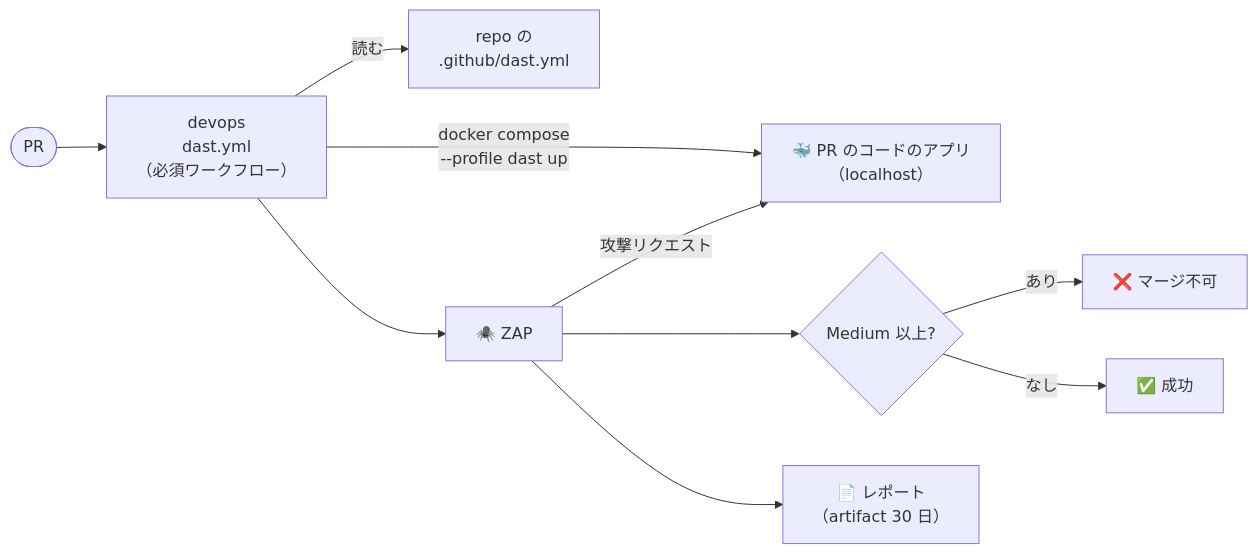
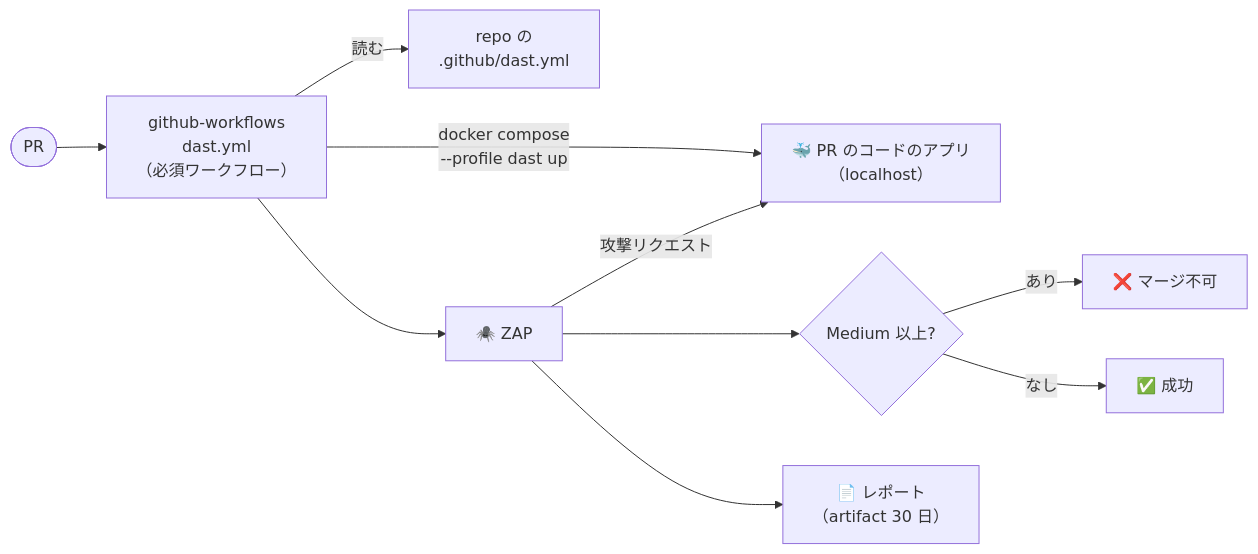
The second of 4 diagrams in docs/DAST.md (theindiehacker/devops), drawn with Mermaid before and after one commit. The commit also changed other lines of this file and 11 other files, not shown here.

First line of the commit message:
chore: リポジトリ名を devops から github-workflows に戻す

````diff
--- a/docs/DAST.md
+++ b/docs/DAST.md
@@ -67,12 +67,12 @@
 ```mermaid
 flowchart LR
-  pr(["PR"]) --> wf["devops<br/>dast.yml<br/>（必須ワークフロー）"]
+  pr(["PR"]) --> wf["github-workflows<br/>dast.yml<br/>（必須ワークフロー）"]
   wf -->|読む| conf["repo の<br/>.github/dast.yml"]
   wf -->|"docker compose<br/>--profile dast up"| app["🐳 PR のコードのアプリ<br/>（localhost）"]
   wf --> zap["🕷️ ZAP"]
   zap -->|攻撃リクエスト| app
   zap --> judge{"Medium 以上?"}
   judge -->|あり| ng["❌ マージ不可"]
   judge -->|なし| ok["✅ 成功"]
   zap --> report["📄 レポート<br/>（artifact 30 日）"]
 ```
````
